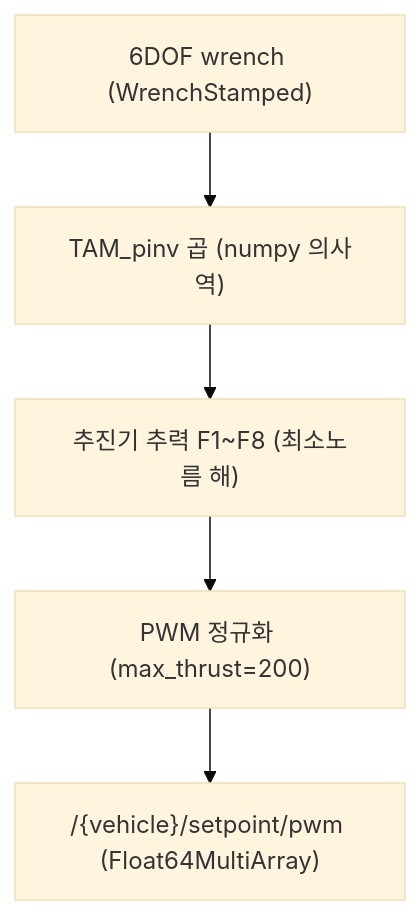
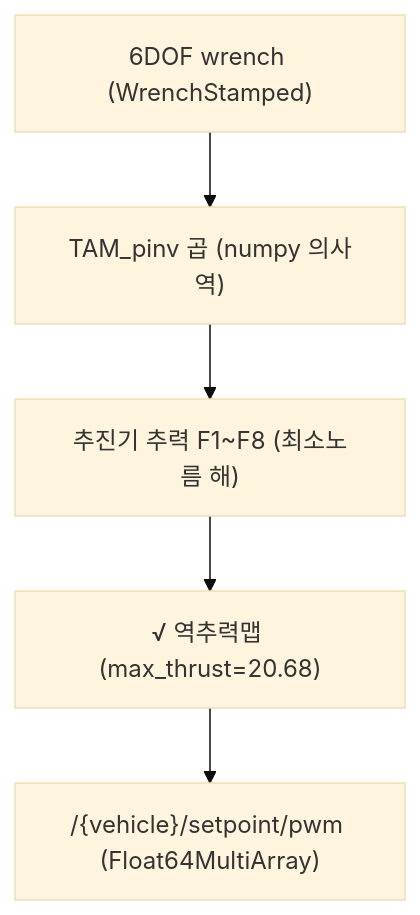
One commit to HERO-Lab-POSTECH/stonefish_sim changed the diagram in docs/site/docs/methodology/trajectory-thruster.md. Above: the diagram before and after it, drawn with Mermaid (base theme). The commit also changed other lines of this file and 8 other files, not shown here.

First line of the commit message:
docs: max_thrust 의미 변경·물리 포화를 문서 전반에 반영 (리뷰 반영)

````diff
--- a/docs/site/docs/methodology/trajectory-thruster.md
+++ b/docs/site/docs/methodology/trajectory-thruster.md
@@ -38,7 +38,7 @@
 ```mermaid
 flowchart TD
     A["6DOF wrench (WrenchStamped)"] --> B["TAM_pinv 곱 (numpy 의사역)"]
     B --> C["추진기 추력 F1~F8 (최소노름 해)"]
-    C --> D["PWM 정규화 (max_thrust=200)"]
+    C --> D["√ 역추력맵 (max_thrust=20.68)"]
     D --> E["/{vehicle}/setpoint/pwm (Float64MultiArray)"]
 ```
````
